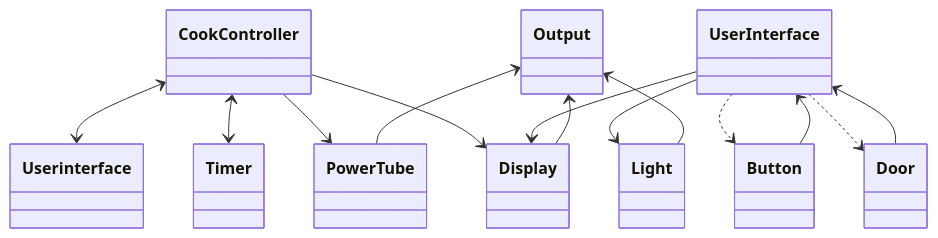
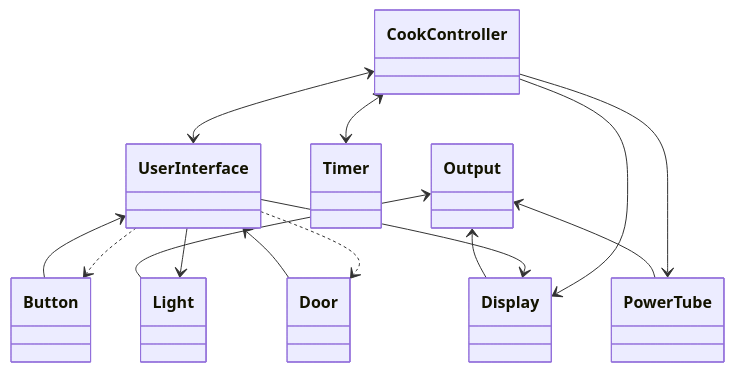
Before and after one commit to Nivethan1999/SWTE22-1-Obligatorisk-Handin-3: the first of 2 diagrams in README.md, drawn with Mermaid. The commit also changed other lines of this file, not shown here.

Commit message:
Updated Diagrams

````diff
--- a/README.md
+++ b/README.md
@@ -4,16 +4,16 @@
 ```mermaid
 classDiagram
-CookController<-->Userinterface
+CookController<-->UserInterface
 CookController<-->Timer
 CookController-->PowerTube
 CookController-->Display
 UserInterface-->Display
 UserInterface-->Light
 UserInterface..>Button
 UserInterface..>Door
 UserInterface<--Button
 UserInterface<--Door
 Output<--Light
 Output<--Display
 Output<--PowerTube
 ```
````
